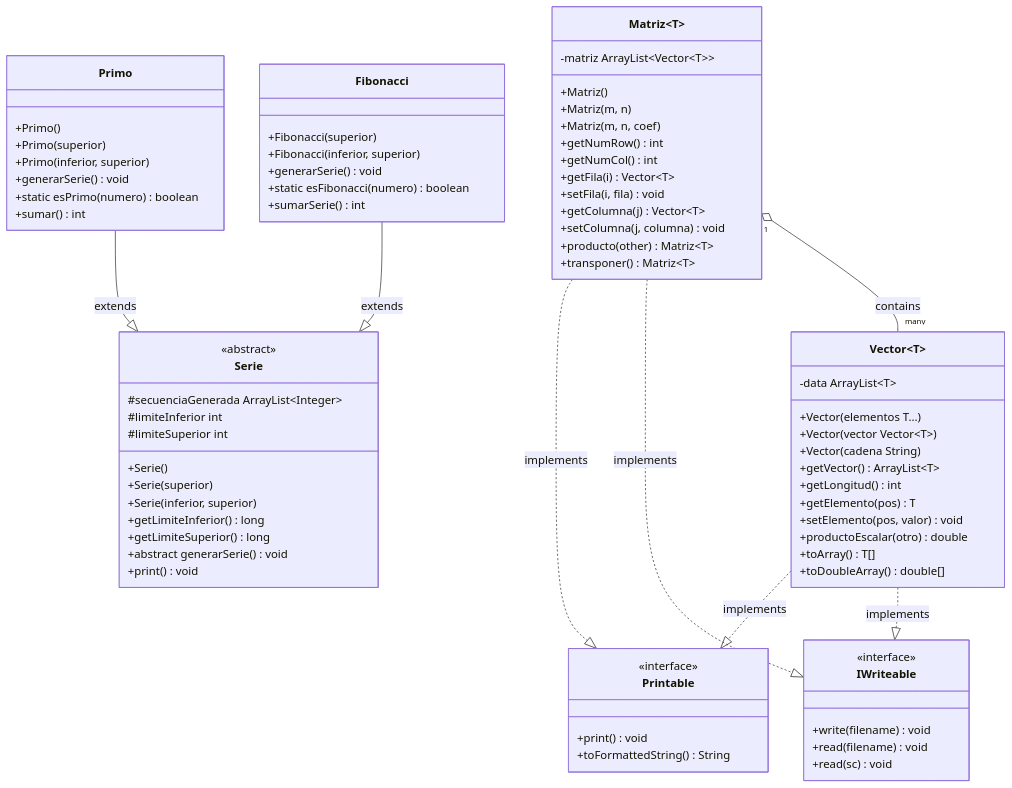
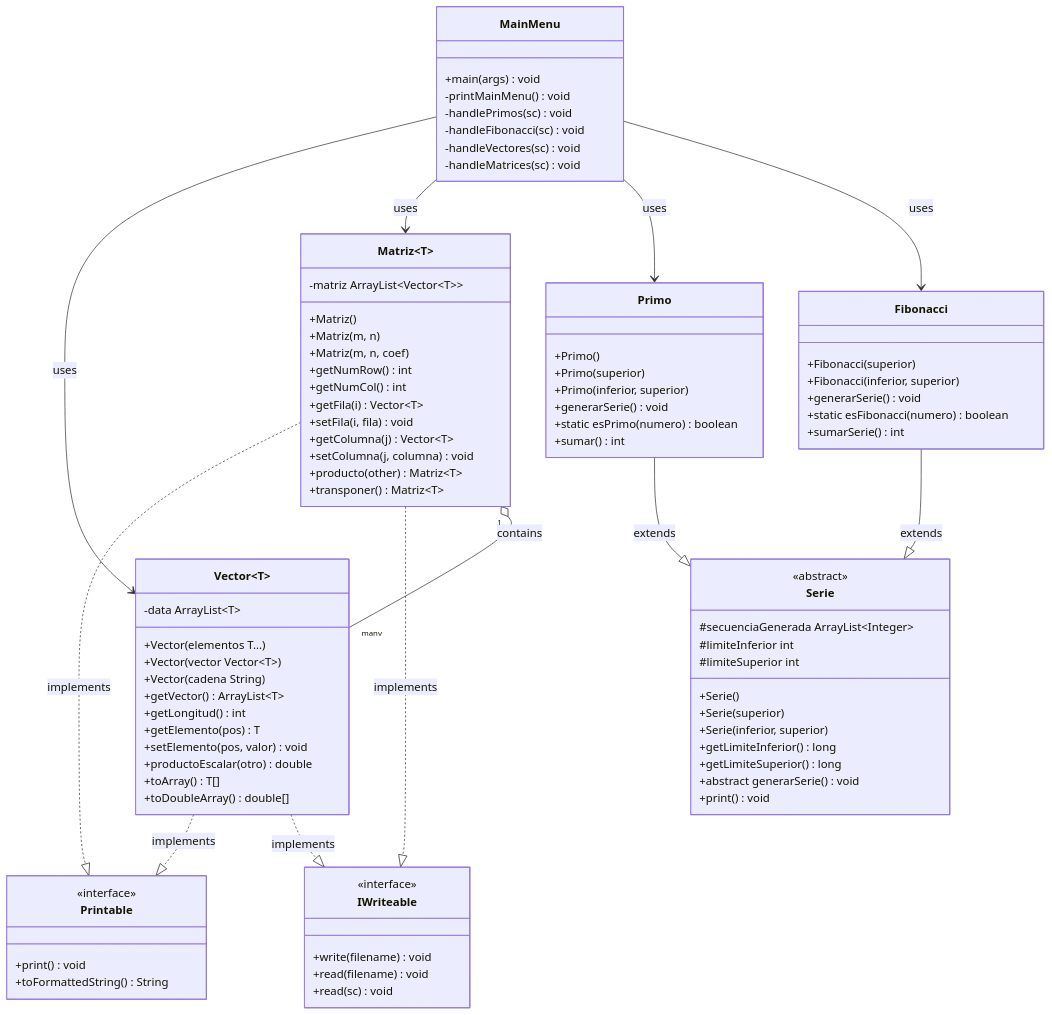
One commit to DaniCaDev/Pr1-POO-MDSS changed the diagram in README.md. Above: the diagram before and after it, drawn with Mermaid. The commit also changed 1 other file, not shown here.

Commit message:
Corrección Diagrama de clases

````diff
--- a/README.md
+++ b/README.md
@@ -128,6 +128,15 @@
         +sumarSerie() int
     }
     
+    class MainMenu {
+        +main(args) void
+        -printMainMenu() void
+        -handlePrimos(sc) void
+        -handleFibonacci(sc) void
+        -handleVectores(sc) void
+        -handleMatrices(sc) void
+    }
+    
     Vector ..|> Printable : implements
     Vector ..|> IWriteable : implements
     Matriz ..|> Printable : implements
@@ -135,4 +144,8 @@
     Matriz "1" o-- "many" Vector : contains
     Primo --|> Serie : extends
     Fibonacci --|> Serie : extends
+    MainMenu --> Vector : uses
+    MainMenu --> Matriz : uses
+    MainMenu --> Primo : uses
+    MainMenu --> Fibonacci : uses
 ```
````
